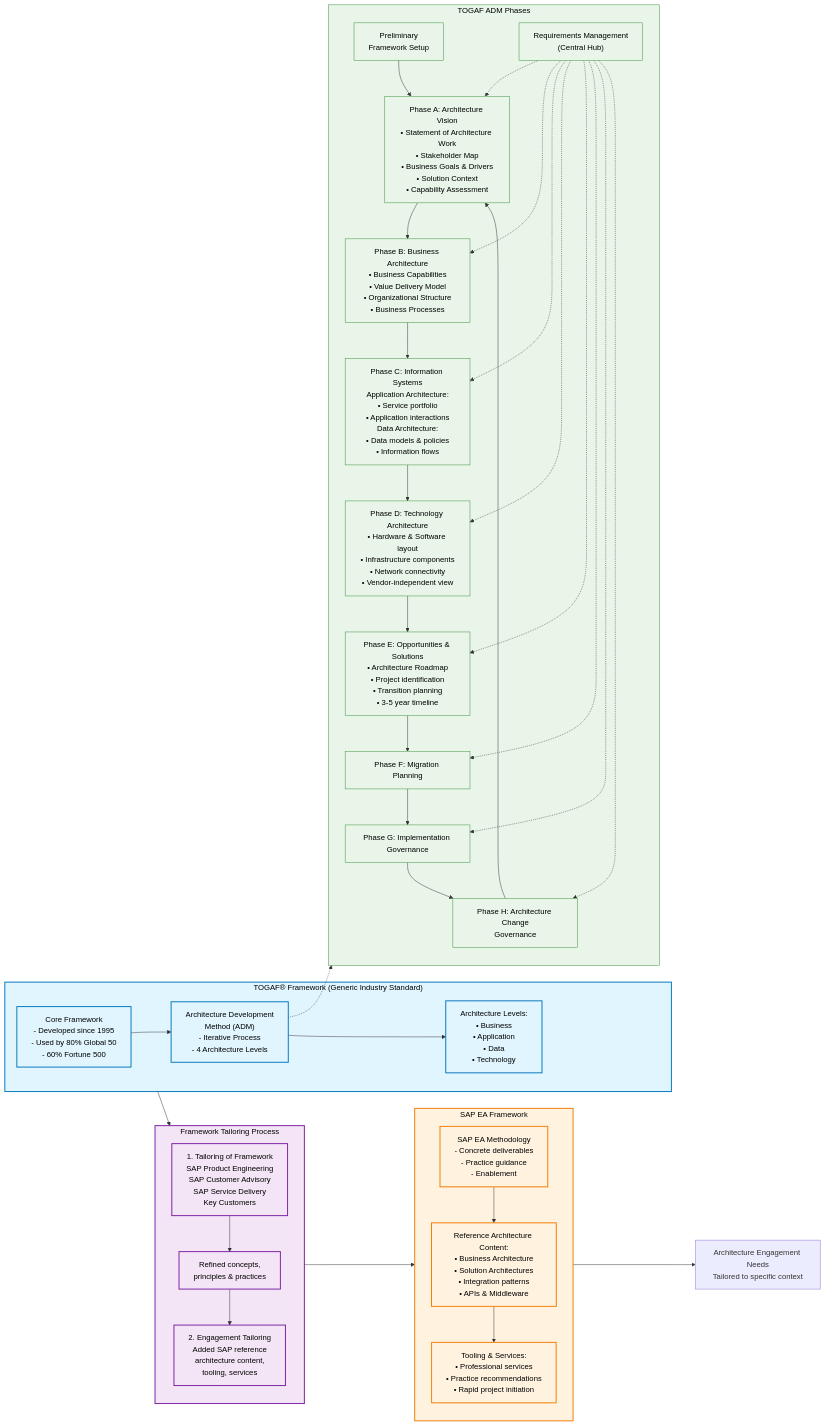
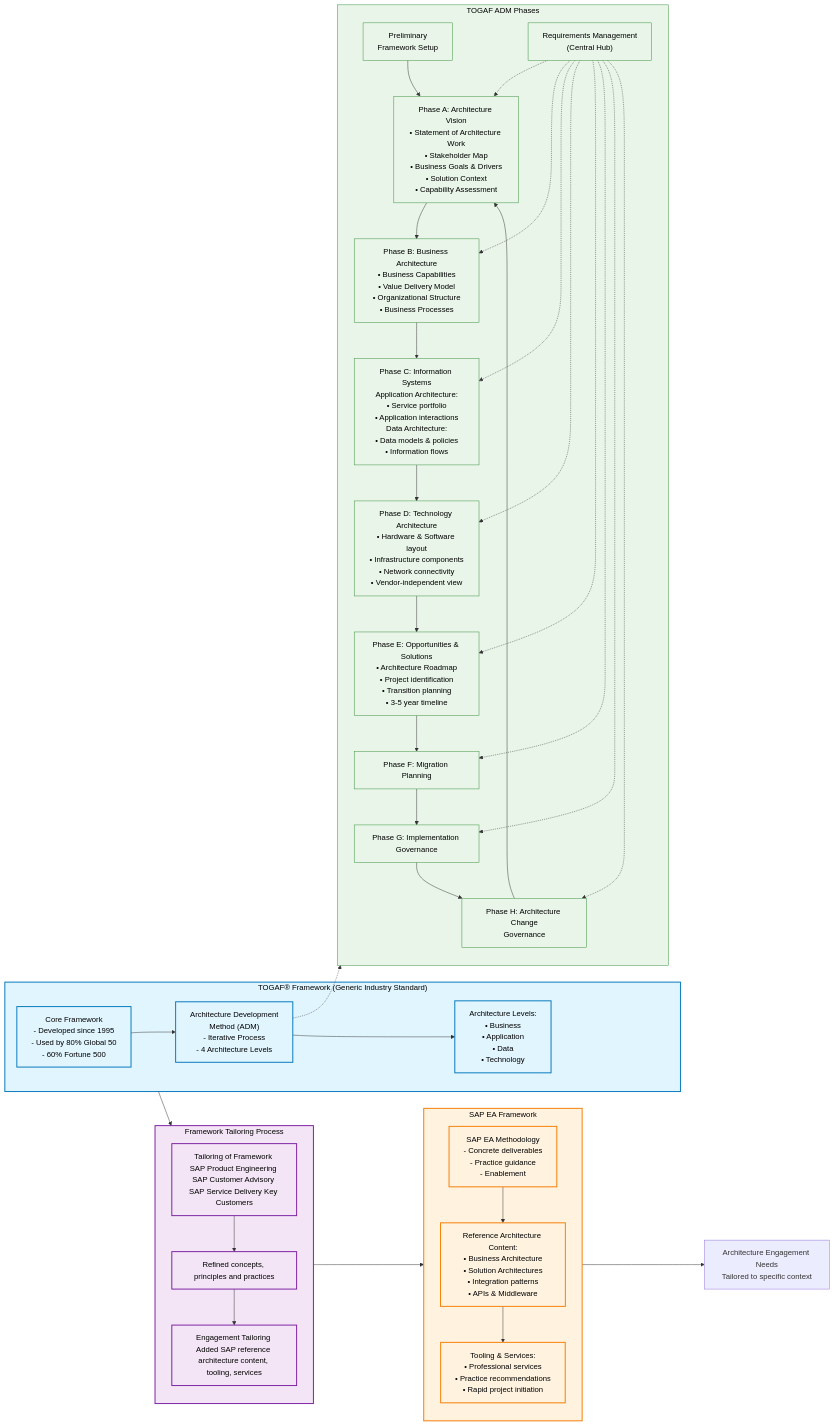
One commit to sapflashcards/IntelligentEnterpriseArchitecture changed the diagram in adm-phases.md. Above: the diagram before and after it, drawn with Mermaid.

```diff
--- a/adm-phases.md
+++ b/adm-phases.md
@@ -12,9 +12,9 @@
     
     %% Tailoring Process
     subgraph Tailoring ["Framework Tailoring Process"]
-        T1["1. Tailoring of Framework<br/>SAP Product Engineering<br/>SAP Customer Advisory<br/>SAP Service Delivery<br/>Key Customers"]
-        T2["Refined concepts,<br/>principles & practices"]
-        T3["2. Engagement Tailoring<br/>Added SAP reference<br/>architecture content,<br/>tooling, services"]
+        T1["Tailoring of Framework SAP Product Engineering SAP Customer Advisory SAP Service Delivery Key Customers"]
+        T2["Refined concepts, principles and practices"]
+        T3["Engagement Tailoring Added SAP reference architecture content, tooling, services"]
         
         T1 --> T2
         T2 --> T3
```
